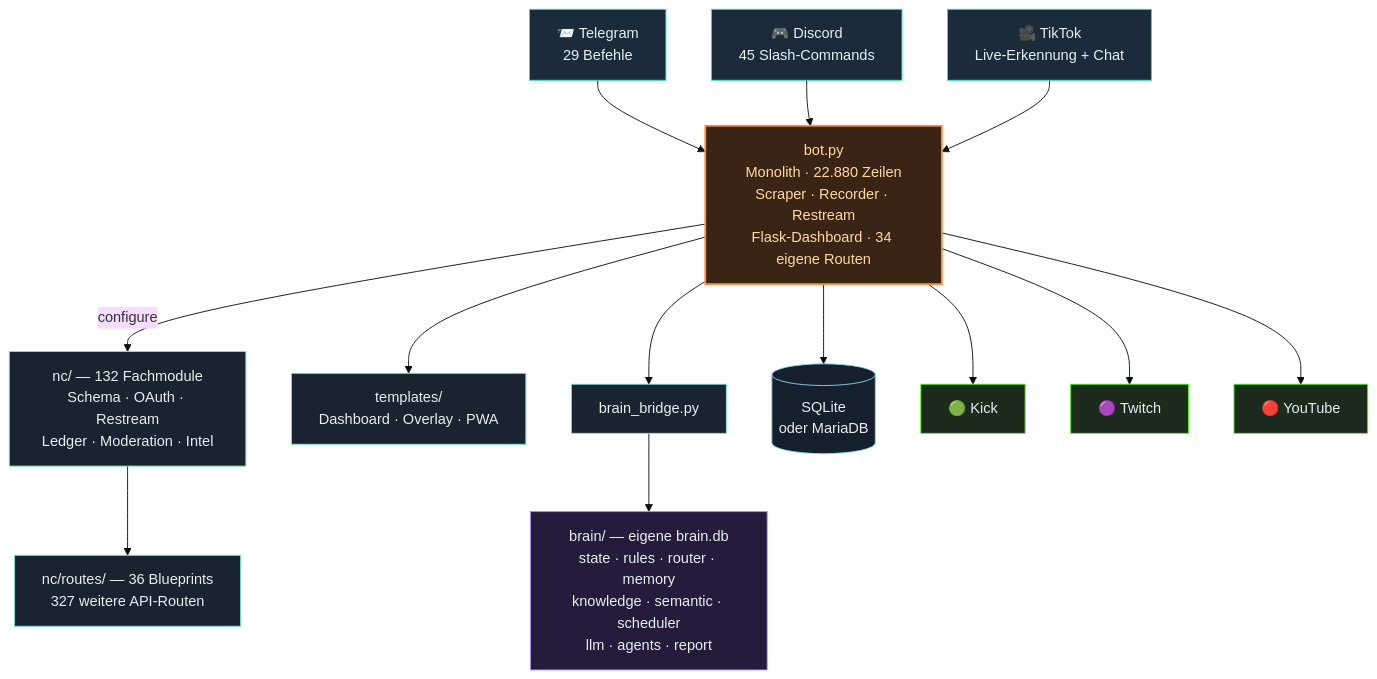
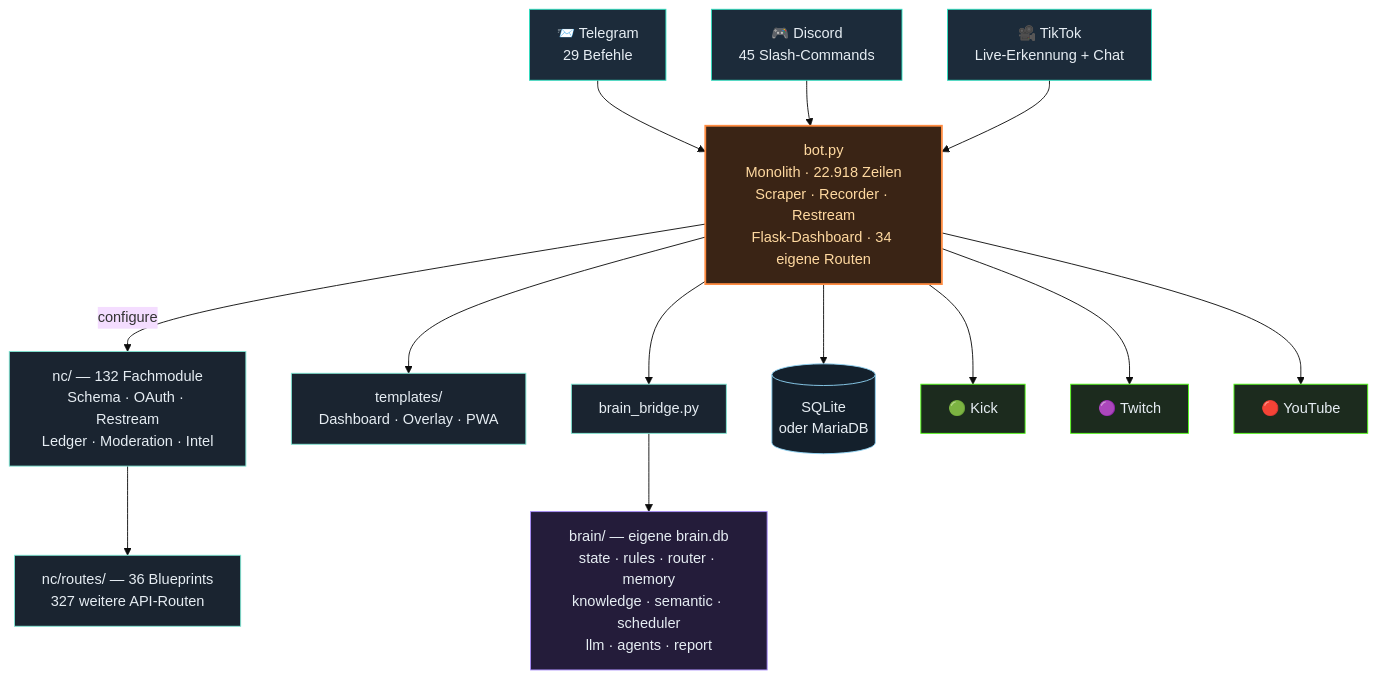
The third of 4 diagrams in README.md (itsamemedev/Telegram-Stream-Info-Bot), drawn with Mermaid (base theme) before and after one commit. The commit also changed other lines of this file and 10 other files, not shown here.

````diff
--- a/README.md
+++ b/README.md
@@ -189,30 +189,30 @@
 ```mermaid
 flowchart TB
     TG["📨 Telegram<br/>29 Befehle"]:::ein
     DC["🎮 Discord<br/>45 Slash-Commands"]:::ein
     TT["🎥 TikTok<br/>Live-Erkennung + Chat"]:::ein
 
     TG --> BOT
     DC --> BOT
     TT --> BOT
 
-    BOT["bot.py<br/>Monolith · 22.880 Zeilen<br/>Scraper · Recorder · Restream<br/>Flask-Dashboard · 34 eigene Routen"]:::core
+    BOT["bot.py<br/>Monolith · 22.918 Zeilen<br/>Scraper · Recorder · Restream<br/>Flask-Dashboard · 34 eigene Routen"]:::core
 
     BOT -->|configure| NC["nc/ — 132 Fachmodule<br/>Schema · OAuth · Restream<br/>Ledger · Moderation · Intel"]:::lib
     NC --> RT["nc/routes/ — 36 Blueprints<br/>327 weitere API-Routen"]:::lib
     BOT --> TPL["templates/<br/>Dashboard · Overlay · PWA"]:::lib
     BOT --> BR["brain_bridge.py"]:::lib
     BR --> BRAIN["brain/ — eigene brain.db<br/>state · rules · router · memory<br/>knowledge · semantic · scheduler<br/>llm · agents · report"]:::brain
     BOT --> DB[("SQLite<br/>oder MariaDB")]:::db
 
     BOT --> KICK["🟢 Kick"]:::out
     BOT --> TW["🟣 Twitch"]:::out
     BOT --> YT["🔴 YouTube"]:::out
 
     classDef ein fill:#1c2b3a,stroke:#2de1c2,color:#e6edf3
     classDef core fill:#3a2415,stroke:#ff8c42,stroke-width:2px,color:#ffd9a0
     classDef lib fill:#1a2430,stroke:#7fe7d4,color:#e6edf3
     classDef brain fill:#241c3a,stroke:#a78bfa,color:#e6edf3
     classDef db fill:#14202c,stroke:#8fd3f4,color:#e6edf3
     classDef out fill:#1c2b1e,stroke:#53fc18,color:#e6edf3
 ```
````
